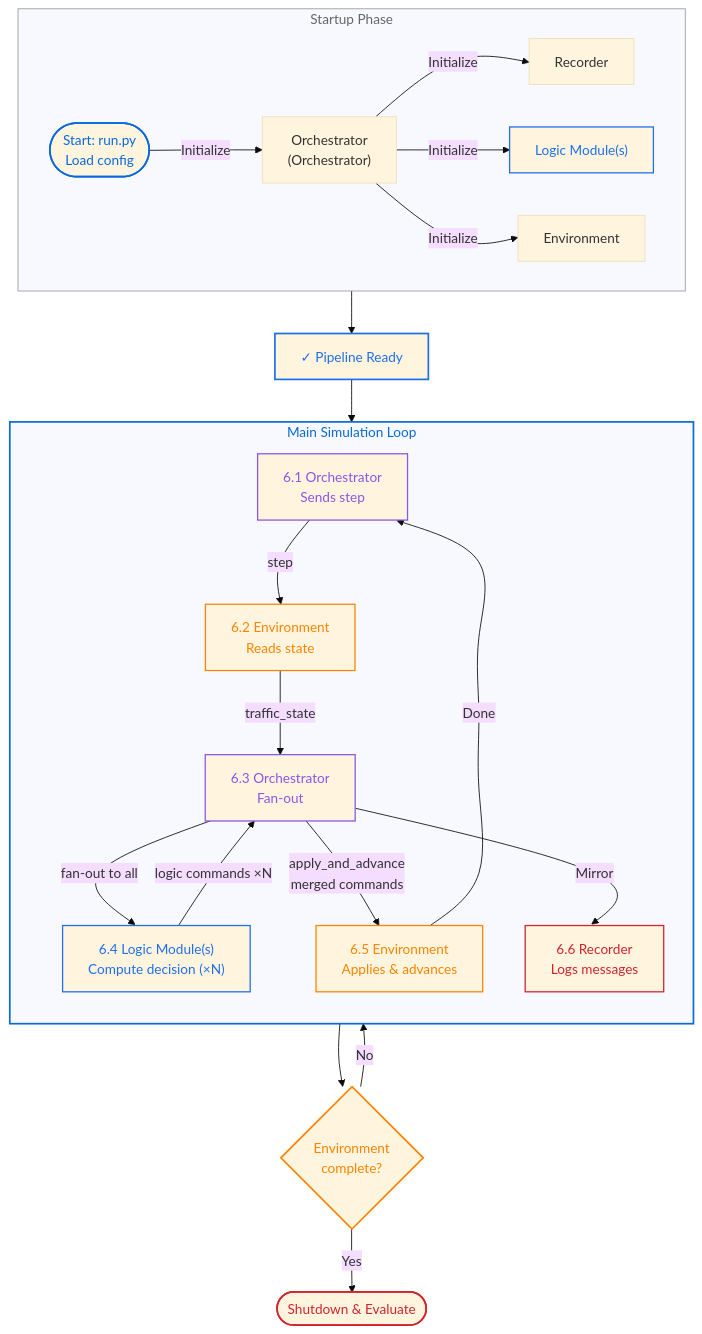
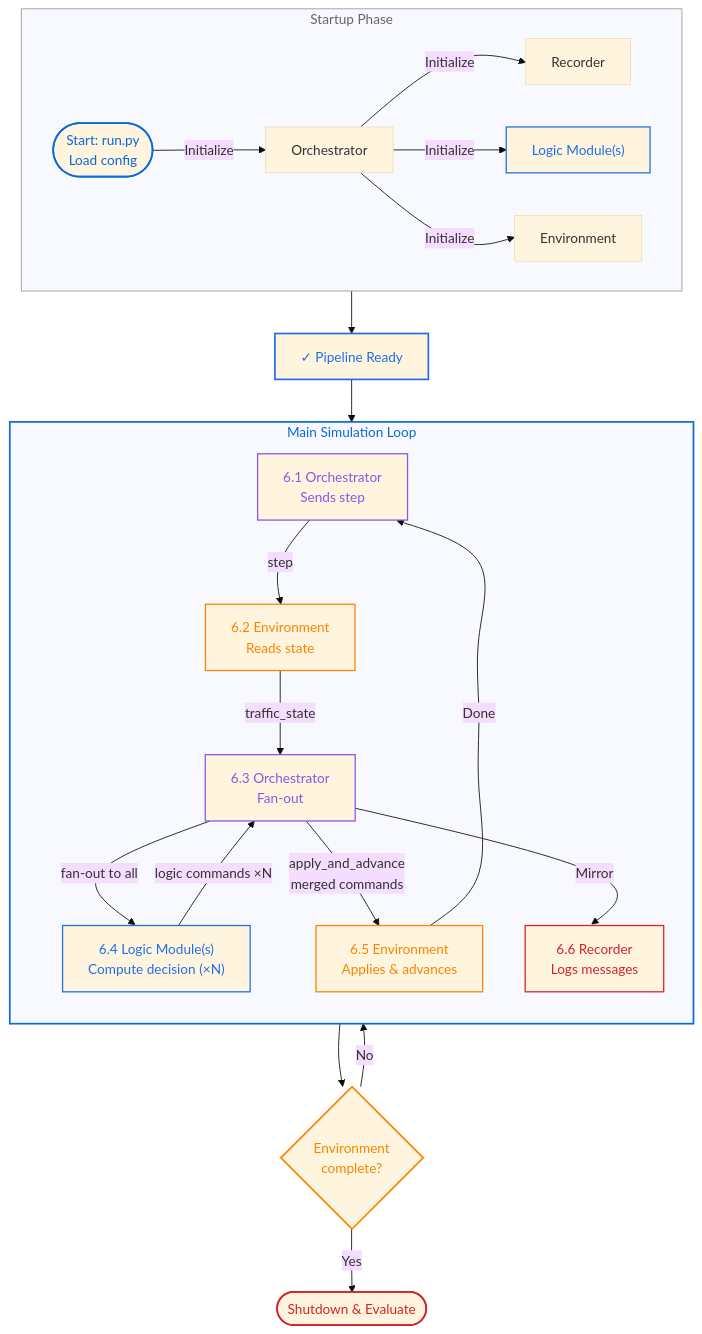
Before and after one commit to ivt-baug-ethz/fedora_platform: the second of 2 diagrams in README.md, drawn with Mermaid. The commit also changed other lines of this file, not shown here.

````diff
--- a/README.md
+++ b/README.md
@@ -171,54 +175,54 @@
 ```mermaid
 %%{init: {'flowchart': {'curve': 'natural'}, 'theme': 'base'}}%%
 graph TB
     Start(["Start: run.py<br/>Load config"])
 
     subgraph startup["Startup Phase"]
         direction LR
-        Start -->|Initialize| Con["Orchestrator<br/>(Orchestrator)"]
+        Start -->|Initialize| Con["Orchestrator"]
         Con -->|Initialize| Rec["Recorder"]
         Con -->|Initialize| LMs["Logic Module(s)"]
         Con -->|Initialize| Sim["Environment"]
     end
 
     startup --> Ready["✓ Pipeline Ready"]
 
     subgraph loop["Main Simulation Loop"]
         direction TB
         Con0["6.1 Orchestrator<br/>Sends step"]
         Sim1["6.2 Environment<br/>Reads state"]
         Con1["6.3 Orchestrator<br/>Fan-out"]
         LM1["6.4 Logic Module(s)<br/>Compute decision (×N)"]
         Sim2["6.5 Environment<br/>Applies & advances"]
         Rec1["6.6 Recorder<br/>Logs messages"]
 
         Con0 -->|step| Sim1
         Sim1 -->|traffic_state| Con1
         Con1 -->|fan-out to all| LM1
         LM1 -->|logic commands ×N| Con1
         Con1 -->|apply_and_advance<br/>merged commands| Sim2
         Con1 -->|Mirror| Rec1
         Sim2 -->|Done| Con0
     end
 
     Ready --> loop
     Sim2 --> Check{Environment<br/>complete?}
 
     Check -->|No| Con0
     Check -->|Yes| End(["Shutdown & Evaluate"])
 
     %% Styling: no fill, colors adapt to theme
     style Start stroke:#0969da,stroke-width:2px,color:#0969da
     style Ready stroke:#1f6feb,stroke-width:2px,color:#1f6feb
     style Con0 stroke:#8957e5,stroke-width:1.5px,color:#8957e5
     style Sim1 stroke:#fb8500,stroke-width:1.5px,color:#fb8500
     style Sim2 stroke:#fb8500,stroke-width:1.5px,color:#fb8500
     style Con1 stroke:#8957e5,stroke-width:1.5px,color:#8957e5
     style LM1 stroke:#1f6feb,stroke-width:1.5px,color:#1f6feb
     style LMs stroke:#1f6feb,stroke-width:1.5px,color:#1f6feb
     style Rec1 stroke:#d1242f,stroke-width:1.5px,color:#d1242f
     style Check stroke:#fb8500,stroke-width:2px,color:#fb8500
     style End stroke:#d1242f,stroke-width:2px,color:#d1242f
     style startup stroke:#999,stroke-width:1px,color:#666
     style loop stroke:#0969da,stroke-width:2px,color:#0969da
 ```
````
